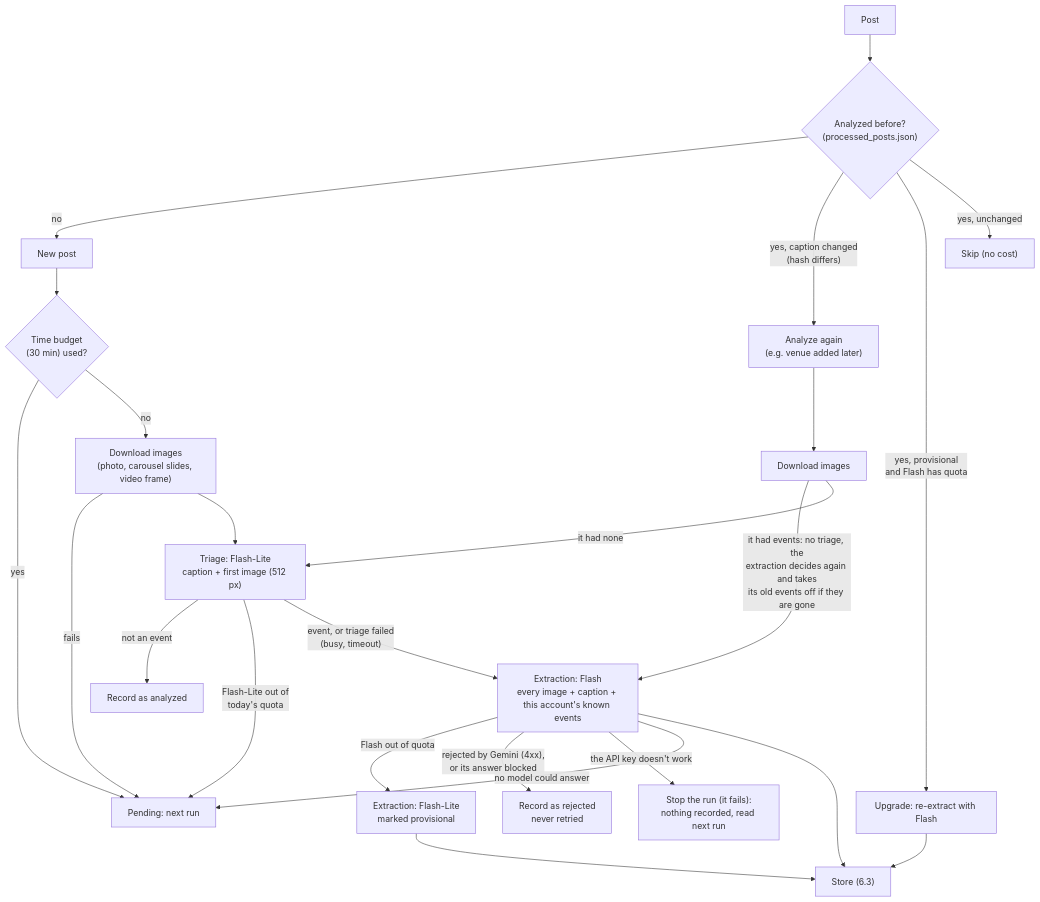
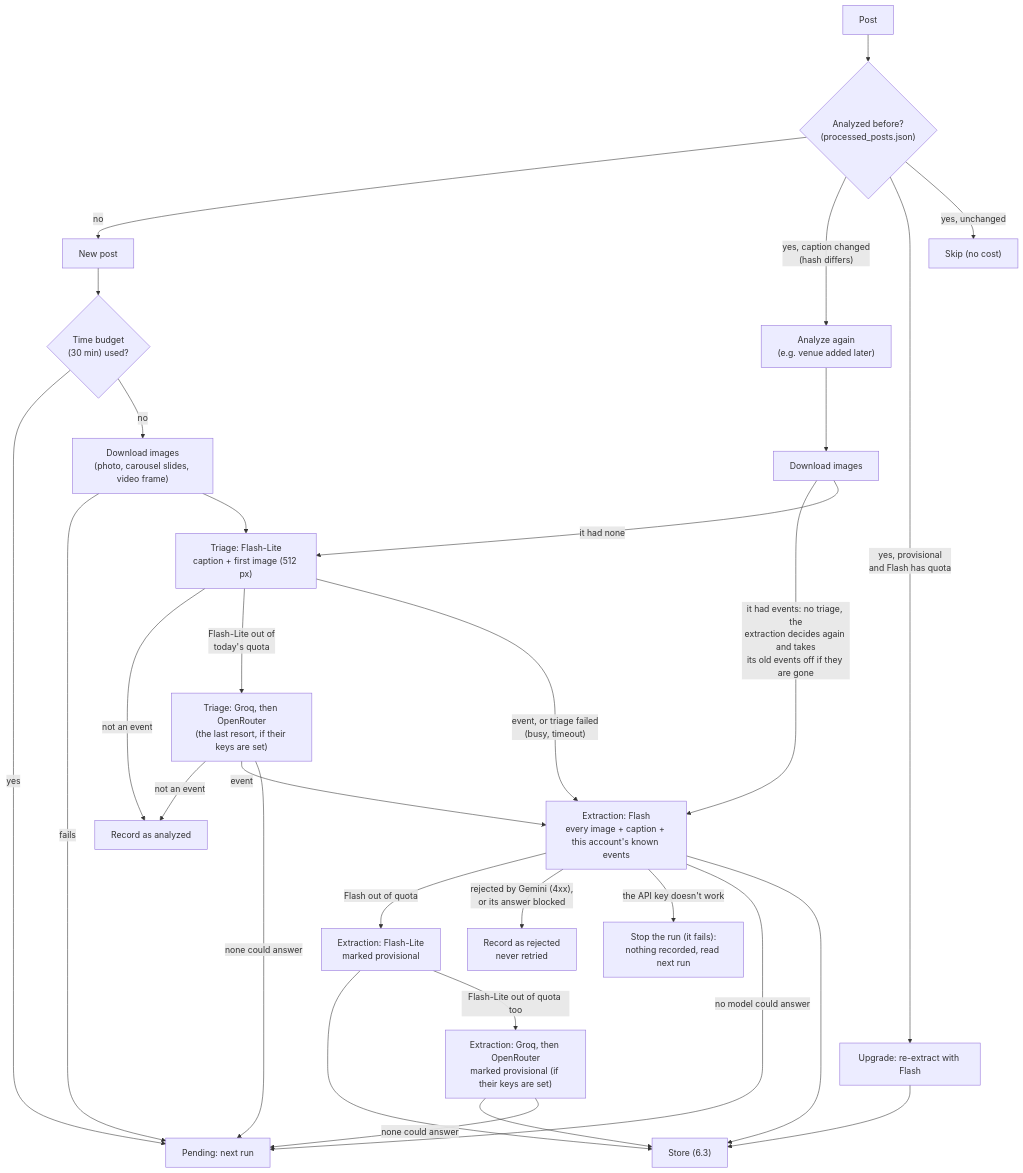
The fourth of 12 diagrams in docs/ARCHITECTURE.md (pa-bailar/backend), drawn with Mermaid before and after one commit. The commit also changed other lines of this file and 3 other files, not shown here.

First line of the commit message:
docs: the last resort (Groq, OpenRouter), its keys and admin bakeoff

````diff
--- a/docs/ARCHITECTURE.md
+++ b/docs/ARCHITECTURE.md
@@ -472,25 +488,31 @@
 ```mermaid
 flowchart TD
     P["Post"] --> Q{"Analyzed before?<br/>(processed_posts.json)"}
     Q -->|no| N["New post"]
     Q -->|"yes, caption changed<br/>(hash differs)"| RE["Analyze again<br/>(e.g. venue added later)"]
     Q -->|"yes, provisional<br/>and Flash has quota"| UP["Upgrade: re-extract with Flash"]
     Q -->|"yes, unchanged"| SKIP["Skip (no cost)"]
     N --> T{"Time budget<br/>(30 min) used?"}
     T -->|yes| PEND["Pending: next run"]
     T -->|no| IMG["Download images<br/>(photo, carousel slides, video frame)"]
     RE --> IMG2["Download images"] -->|"it had events: no triage, the<br/>extraction decides again and takes<br/>its old events off if they are gone"| EX
     IMG2 -->|"it had none"| TR
     IMG -->|fails| PEND
     IMG --> TR["Triage: Flash-Lite<br/>caption + first image (512 px)"]
     TR -->|"not an event"| REC["Record as analyzed"]
-    TR -->|"Flash-Lite out of<br/>today's quota"| PEND
+    TR -->|"Flash-Lite out of<br/>today's quota"| TLR["Triage: Groq, then OpenRouter<br/>(the last resort, if their keys are set)"]
+    TLR -->|"not an event"| REC
+    TLR -->|"event"| EX
+    TLR -->|"none could answer"| PEND
     TR -->|"event, or triage failed<br/>(busy, timeout)"| EX["Extraction: Flash<br/>every image + caption + this account's known events"]
     EX -->|"Flash out of quota"| PROV["Extraction: Flash-Lite<br/>marked provisional"]
     EX -->|"rejected by Gemini (4xx),<br/>or its answer blocked"| REJ["Record as rejected<br/>never retried"]
     EX -->|"the API key doesn't work"| STOP["Stop the run (it fails):<br/>nothing recorded, read next run"]
     EX -->|"no model could answer"| PEND
     EX --> ST["Store (6.3)"]
     PROV --> ST
+    PROV -->|"Flash-Lite out of quota too"| LAST["Extraction: Groq, then OpenRouter<br/>marked provisional (if their keys are set)"]
+    LAST --> ST
+    LAST -->|"none could answer"| PEND
     UP --> ST
 ```
````
